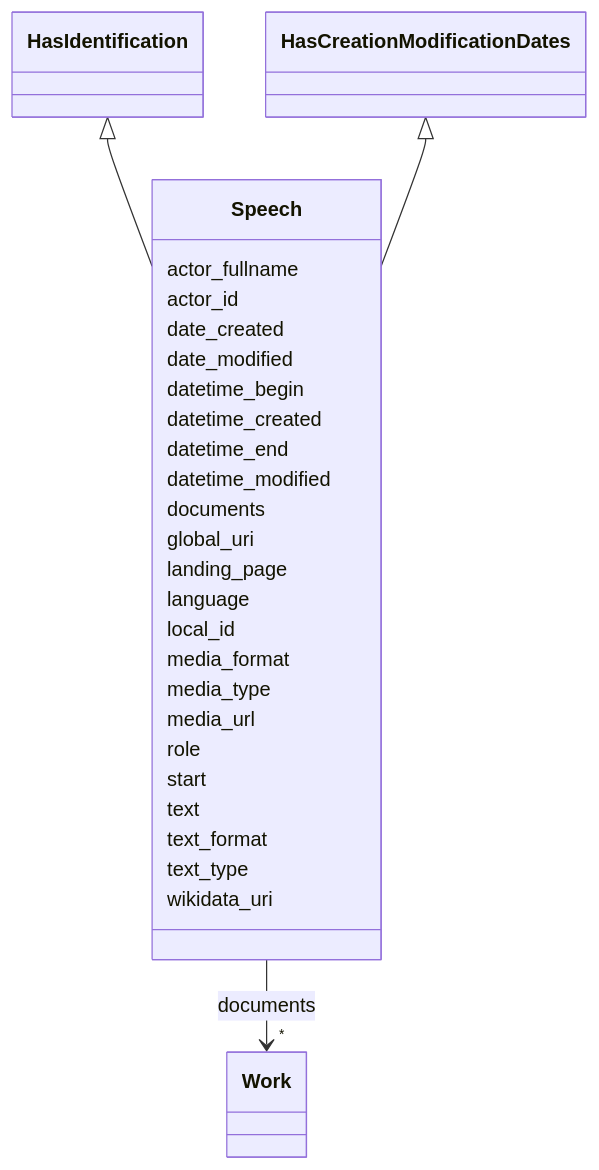
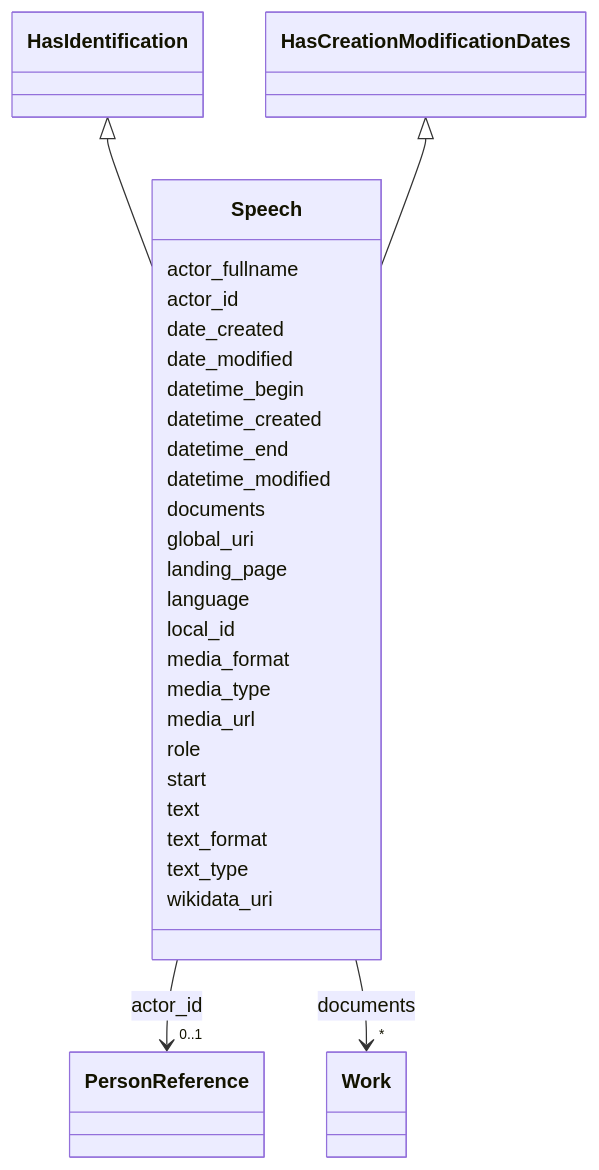
One commit to swiss/political-affairs-ech-group changed the diagram in ech-0293_operations/output/docs/Speech.md. Above: the diagram before and after it, drawn with Mermaid. The commit also changed other lines of this file and 27 other files, not shown here.

````diff
--- a/ech-0293_operations/output/docs/Speech.md
+++ b/ech-0293_operations/output/docs/Speech.md
@@ -27,64 +27,73 @@
 ```mermaid
  classDiagram
     class Speech
     click Speech href "../Speech/"
       HasIdentification <|-- Speech
         click HasIdentification href "../HasIdentification/"
       HasCreationModificationDates <|-- Speech
         click HasCreationModificationDates href "../HasCreationModificationDates/"
       
       Speech : actor_fullname
         
       Speech : actor_id
+        
+          
+    
+        
+        
+        Speech --> "0..1" PersonReference : actor_id
+        click PersonReference href "../PersonReference/"
+    
+
         
       Speech : date_created
         
       Speech : date_modified
         
       Speech : datetime_begin
         
       Speech : datetime_created
         
       Speech : datetime_end
         
       Speech : datetime_modified
         
       Speech : documents
         
           
     
         
         
         Speech --> "*" Work : documents
         click Work href "../Work/"
     
 
         
       Speech : global_uri
         
       Speech : landing_page
         
       Speech : language
         
       Speech : local_id
         
       Speech : media_format
         
       Speech : media_type
         
       Speech : media_url
         
       Speech : role
         
       Speech : start
         
       Speech : text
         
       Speech : text_format
         
       Speech : text_type
         
       Speech : wikidata_uri
         
       
 ```
````
